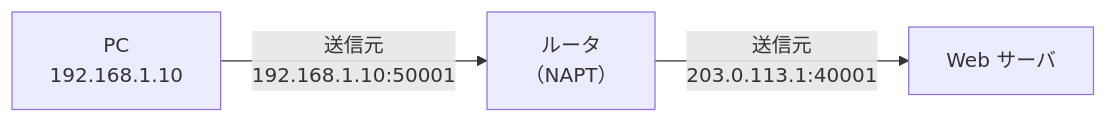
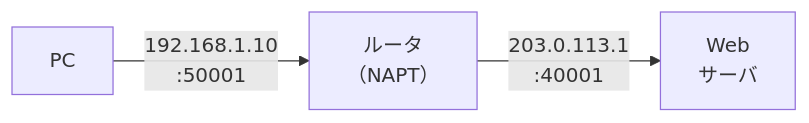
One commit to nnnaanaa/document changed the third of 3 diagrams in network/protocol/dhcp-nat.md. Above: the diagram before and after it, drawn with Mermaid. The commit also changed other lines of this file and 3 other files, not shown here.

Commit message:
新しい暗記シート4本の図の横幅を詰める

````diff
--- a/network/protocol/dhcp-nat.md
+++ b/network/protocol/dhcp-nat.md
@@ -119,5 +119,5 @@
 ```mermaid
 flowchart LR
-  P["PC<br>192.168.1.10"] -- "送信元<br>192.168.1.10:50001" --> R["ルータ<br>（NAPT）"]
-  R -- "送信元<br>203.0.113.1:40001" --> S["Web サーバ"]
+  P["PC"] -- "192.168.1.10<br>:50001" --> R["ルータ<br>（NAPT）"]
+  R -- "203.0.113.1<br>:40001" --> S["Web<br>サーバ"]
 ```
````
